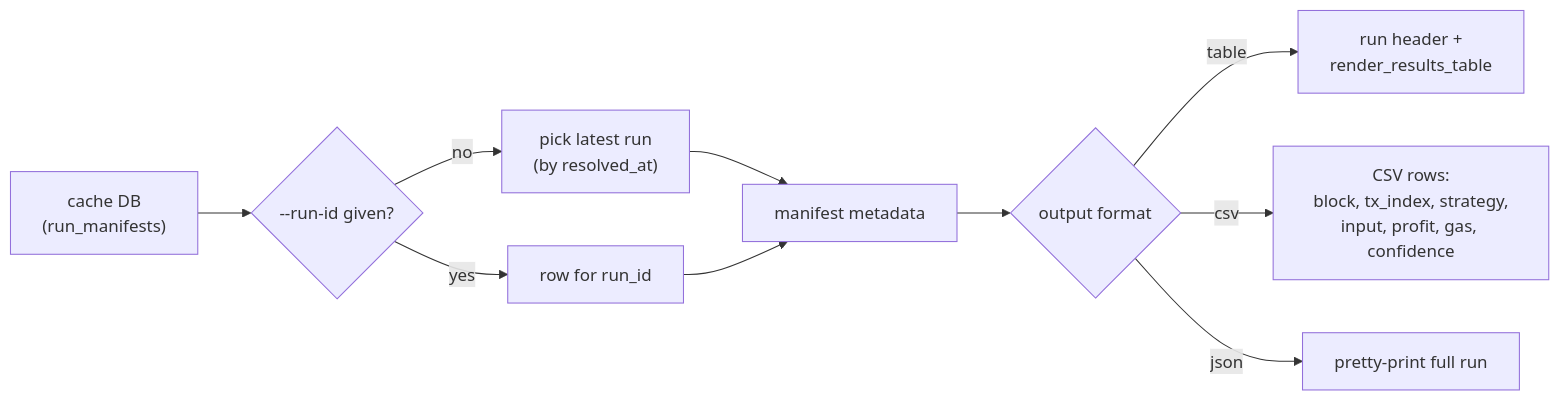
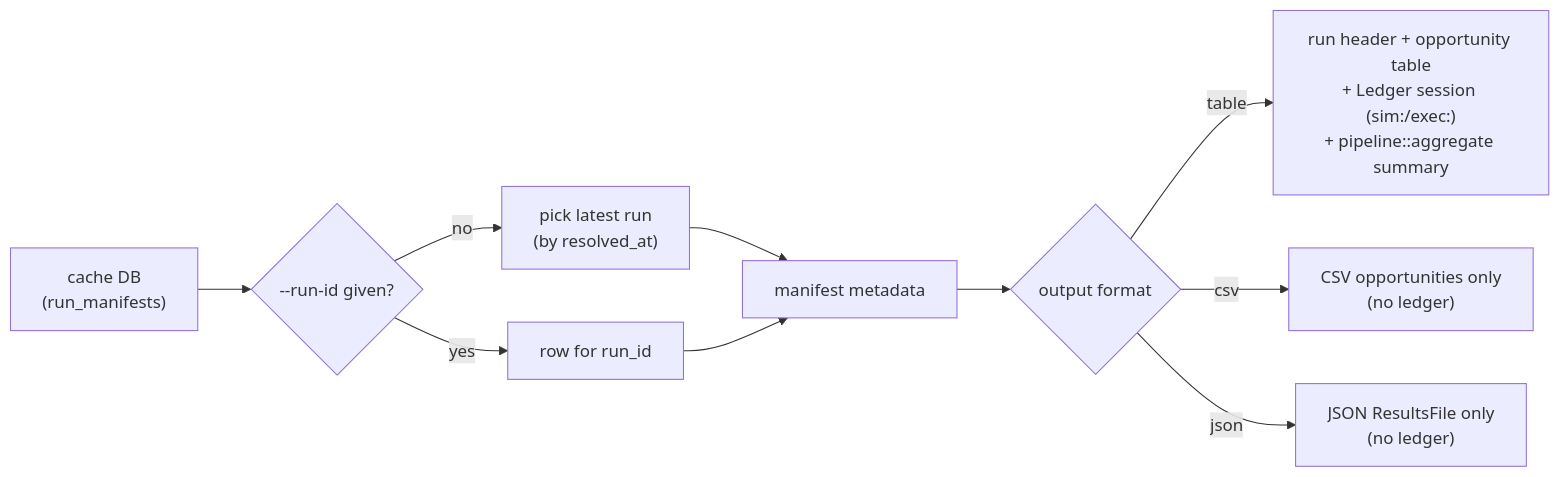
One commit to moha-moradi/mev-scout changed the seventh of 9 diagrams in docs/CLI.md. Above: the diagram before and after it, drawn with Mermaid. The commit also changed other lines of this file and 2 other files, not shown here.

First line of the commit message:
docs: update architecture and CLI docs for explorer dashboard and bootstrap flow

````diff
--- a/docs/CLI.md
+++ b/docs/CLI.md
@@ -362,12 +374,12 @@
 ```mermaid
 flowchart LR
     A["cache DB<br/>(run_manifests)"] --> B{"--run-id given?"}
     B -- no --> C["pick latest run<br/>(by resolved_at)"]
     B -- yes --> D["row for run_id"]
     C --> E["manifest metadata"]
     D --> E
     E --> F{"output format"}
-    F -- table --> G["run header +<br/>render_results_table"]
-    F -- csv --> H["CSV rows:<br/>block, tx_index, strategy,<br/>input, profit, gas, confidence"]
-    F -- json --> I["pretty-print full run"]
+    F -- table --> G["run header + opportunity table<br/>+ Ledger session (sim:/exec:)<br/>+ pipeline::aggregate summary"]
+    F -- csv --> H["CSV opportunities only<br/>(no ledger)"]
+    F -- json --> I["JSON ResultsFile only<br/>(no ledger)"]
 ```
````
